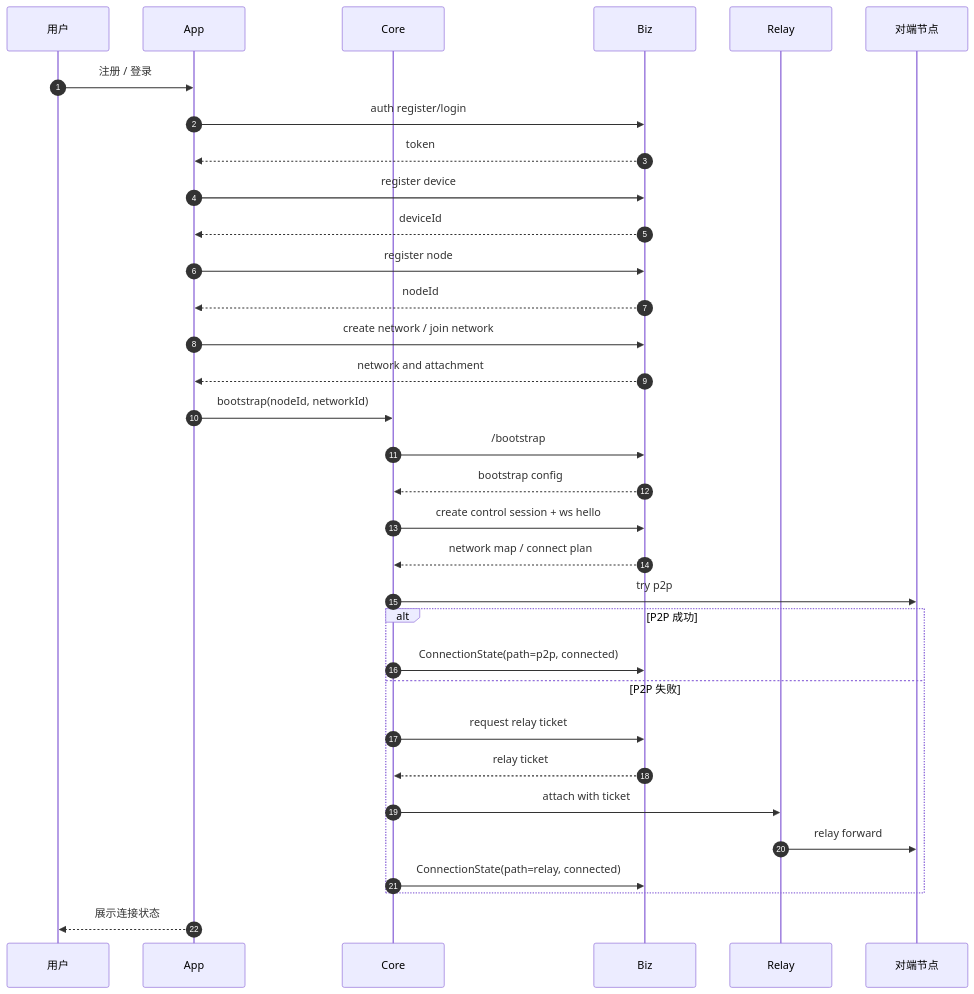
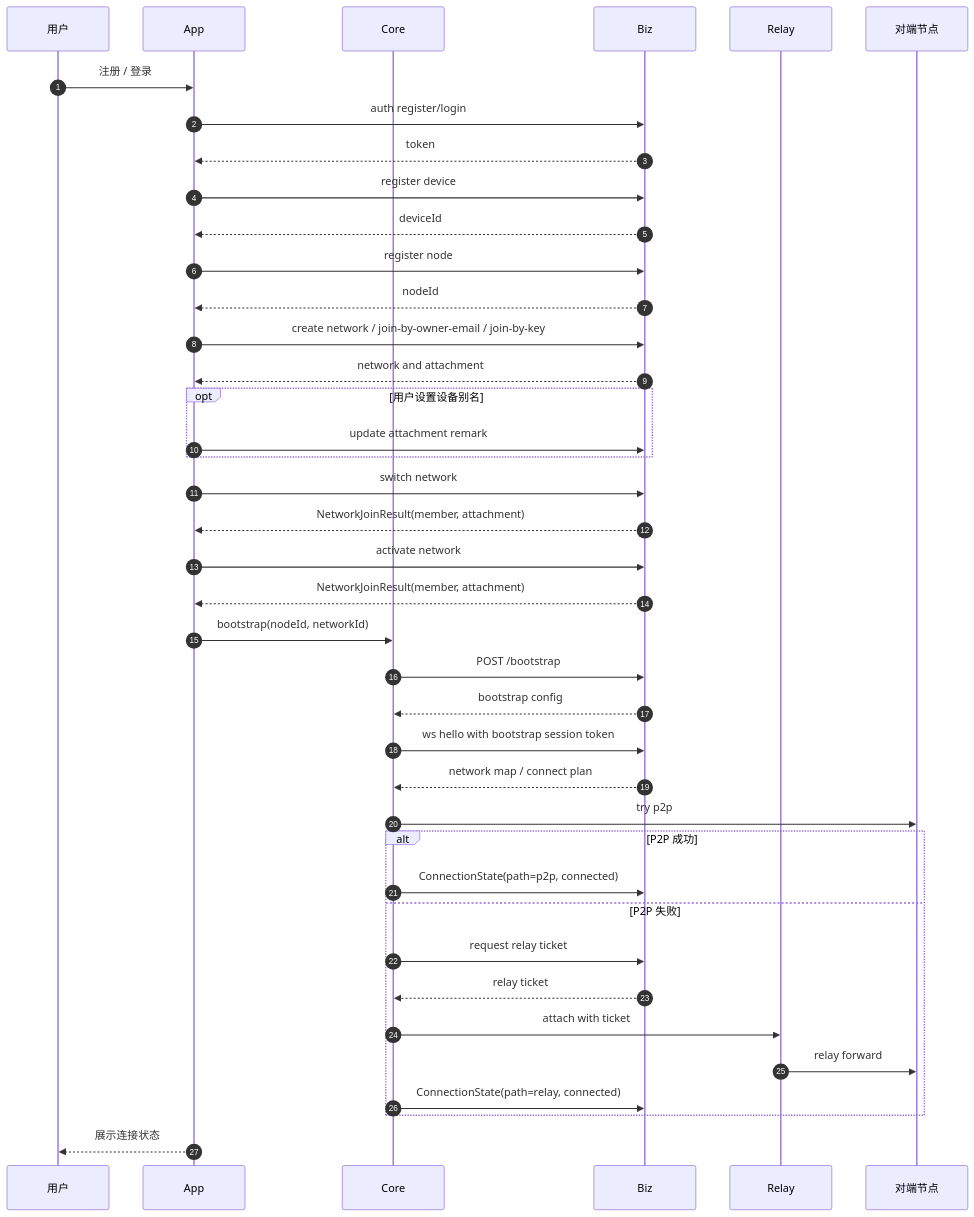
One commit to thorli9527/slan changed diagram 11 of 11 in docs/architecture/sequence-diagrams.md. Above: the diagram before and after it, drawn with Mermaid. The commit also changed other lines of this file and 110 other files, not shown here.

Commit message:
Align client network flows and protocol contracts

````diff
--- a/docs/architecture/sequence-diagrams.md
+++ b/docs/architecture/sequence-diagrams.md
@@ -327,42 +354,49 @@
 ```mermaid
 sequenceDiagram
     autonumber
     participant User as 用户
     participant App as App
     participant Core as Core
     participant Biz as Biz
     participant Relay as Relay
     participant Peer as 对端节点
 
     User->>App: 注册 / 登录
     App->>Biz: auth register/login
     Biz-->>App: token
 
     App->>Biz: register device
     Biz-->>App: deviceId
     App->>Biz: register node
     Biz-->>App: nodeId
 
-    App->>Biz: create network / join network
+    App->>Biz: create network / join-by-owner-email / join-by-key
     Biz-->>App: network and attachment
+    opt 用户设置设备别名
+        App->>Biz: update attachment remark
+    end
+    App->>Biz: switch network
+    Biz-->>App: NetworkJoinResult(member, attachment)
+    App->>Biz: activate network
+    Biz-->>App: NetworkJoinResult(member, attachment)
 
     App->>Core: bootstrap(nodeId, networkId)
-    Core->>Biz: /bootstrap
+    Core->>Biz: POST /bootstrap
     Biz-->>Core: bootstrap config
 
-    Core->>Biz: create control session + ws hello
+    Core->>Biz: ws hello with bootstrap session token
     Biz-->>Core: network map / connect plan
 
     Core->>Peer: try p2p
     alt P2P 成功
         Core->>Biz: ConnectionState(path=p2p, connected)
     else P2P 失败
         Core->>Biz: request relay ticket
         Biz-->>Core: relay ticket
         Core->>Relay: attach with ticket
         Relay->>Peer: relay forward
         Core->>Biz: ConnectionState(path=relay, connected)
     end
 
     App-->>User: 展示连接状态
 ```
````
